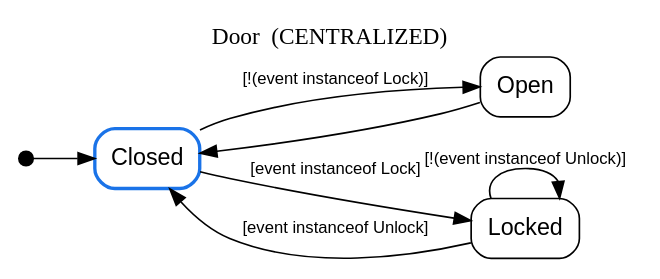
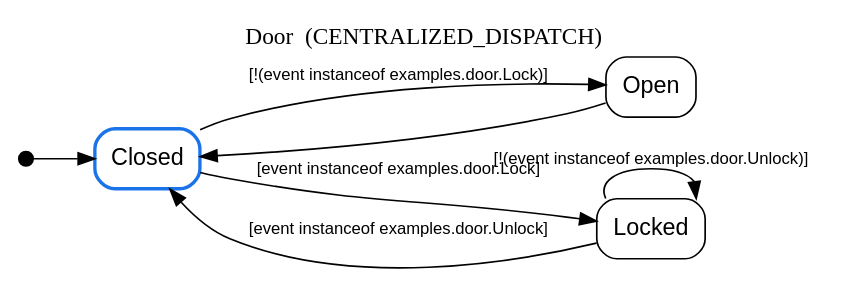
The diagram in sample-output/Door.dot (SarvarTulkunov/sealfsm), drawn with Graphviz before and after one commit. The commit also changed 16 other files, not shown here.

```diff
--- a/sample-output/Door.dot
+++ b/sample-output/Door.dot
@@ -1,20 +1,20 @@
 digraph "Door" {
   rankdir=LR;
   labelloc="t";
-  label="Door  (CENTRALIZED)";
+  label="Door  (CENTRALIZED_DISPATCH)";
   node [shape=rectangle, style=rounded, fontname="Helvetica"];
   edge [fontname="Helvetica", fontsize=10];
 
   __start [shape=point, width=0.12, label=""];
   __start -> "Closed";
 
   "Open";
   "Closed" [penwidth=2, color="#1a73e8"];
   "Locked";
 
-  "Closed" -> "Locked" [label="[event instanceof Lock]"];
-  "Closed" -> "Open" [label="[!(event instanceof Lock)]"];
+  "Closed" -> "Locked" [label="[event instanceof examples.door.Lock]"];
+  "Closed" -> "Open" [label="[!(event instanceof examples.door.Lock)]"];
   "Open" -> "Closed";
-  "Locked" -> "Closed" [label="[event instanceof Unlock]"];
-  "Locked" -> "Locked" [label="[!(event instanceof Unlock)]"];
+  "Locked" -> "Closed" [label="[event instanceof examples.door.Unlock]"];
+  "Locked" -> "Locked" [label="[!(event instanceof examples.door.Unlock)]"];
 }
```
